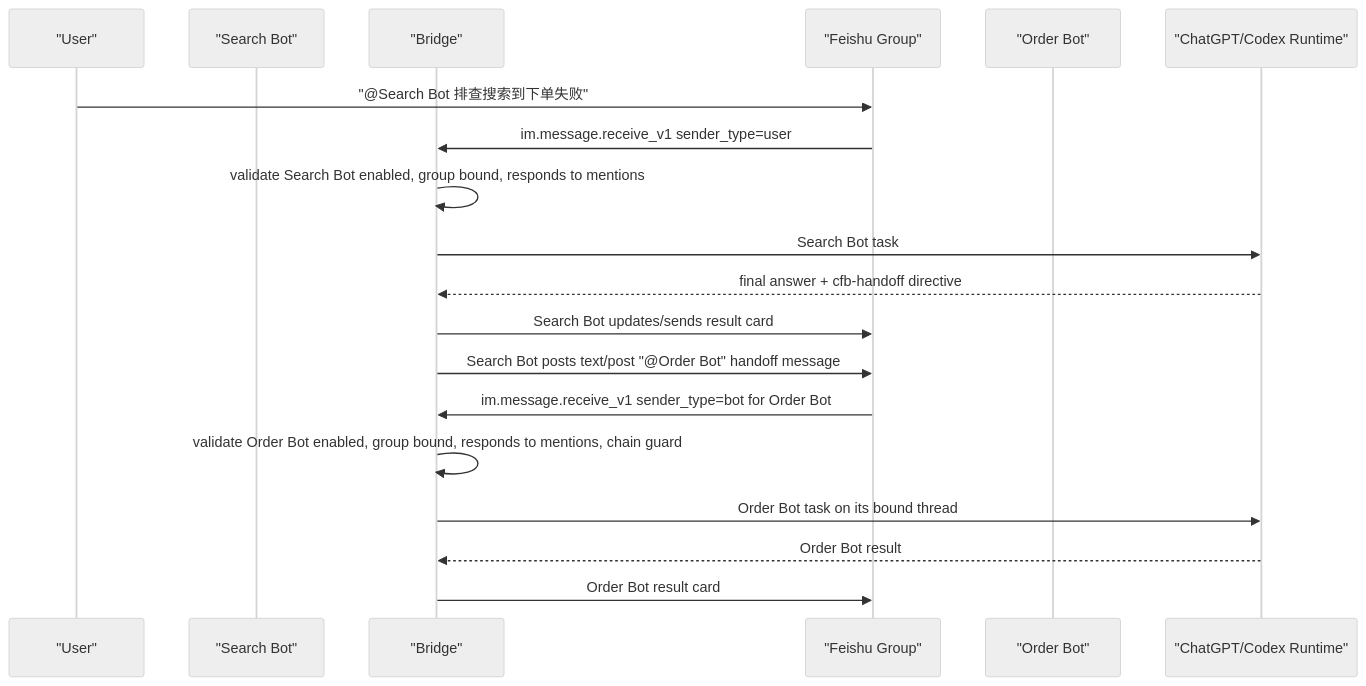
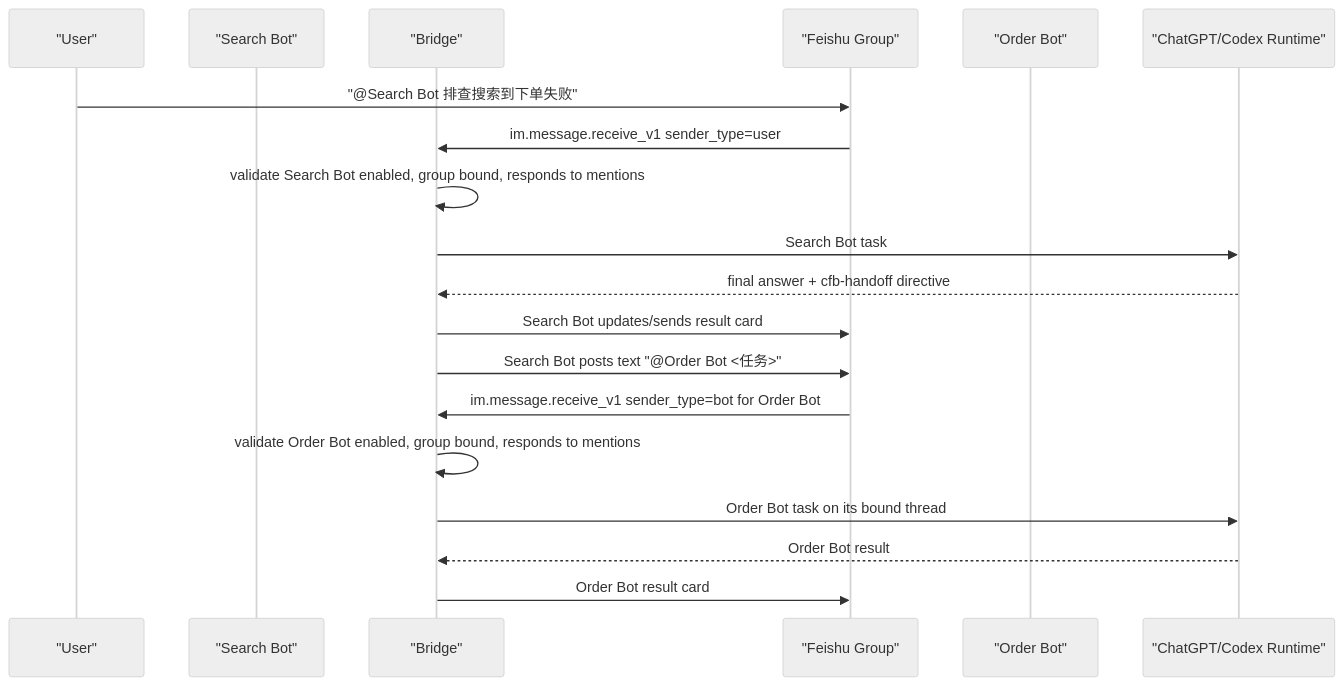
The diagram in docs/plans/2026-07-28-002-feat-bot-to-bot-collaboration-plan.zh-CN.md (jylaxp/codex-feishu-bridge), drawn with Mermaid (neutral theme) before and after one commit. The commit also changed other lines of this file and 13 other files, not shown here.

````diff
--- a/docs/plans/2026-07-28-002-feat-bot-to-bot-collaboration-plan.zh-CN.md
+++ b/docs/plans/2026-07-28-002-feat-bot-to-bot-collaboration-plan.zh-CN.md
@@ -105,22 +105,22 @@
 ```mermaid
 sequenceDiagram
   participant User as "User"
   participant A as "Search Bot"
   participant Bridge as "Bridge"
   participant Feishu as "Feishu Group"
   participant B as "Order Bot"
   participant Codex as "ChatGPT/Codex Runtime"
 
   User->>Feishu: "@Search Bot 排查搜索到下单失败"
   Feishu->>Bridge: im.message.receive_v1 sender_type=user
   Bridge->>Bridge: validate Search Bot enabled, group bound, responds to mentions
   Bridge->>Codex: Search Bot task
   Codex-->>Bridge: final answer + cfb-handoff directive
   Bridge->>Feishu: Search Bot updates/sends result card
-  Bridge->>Feishu: Search Bot posts text/post "@Order Bot" handoff message
+  Bridge->>Feishu: Search Bot posts text "@Order Bot <任务>"
   Feishu->>Bridge: im.message.receive_v1 sender_type=bot for Order Bot
-  Bridge->>Bridge: validate Order Bot enabled, group bound, responds to mentions, chain guard
+  Bridge->>Bridge: validate Order Bot enabled, group bound, responds to mentions
   Bridge->>Codex: Order Bot task on its bound thread
   Codex-->>Bridge: Order Bot result
   Bridge->>Feishu: Order Bot result card
 ```
````
